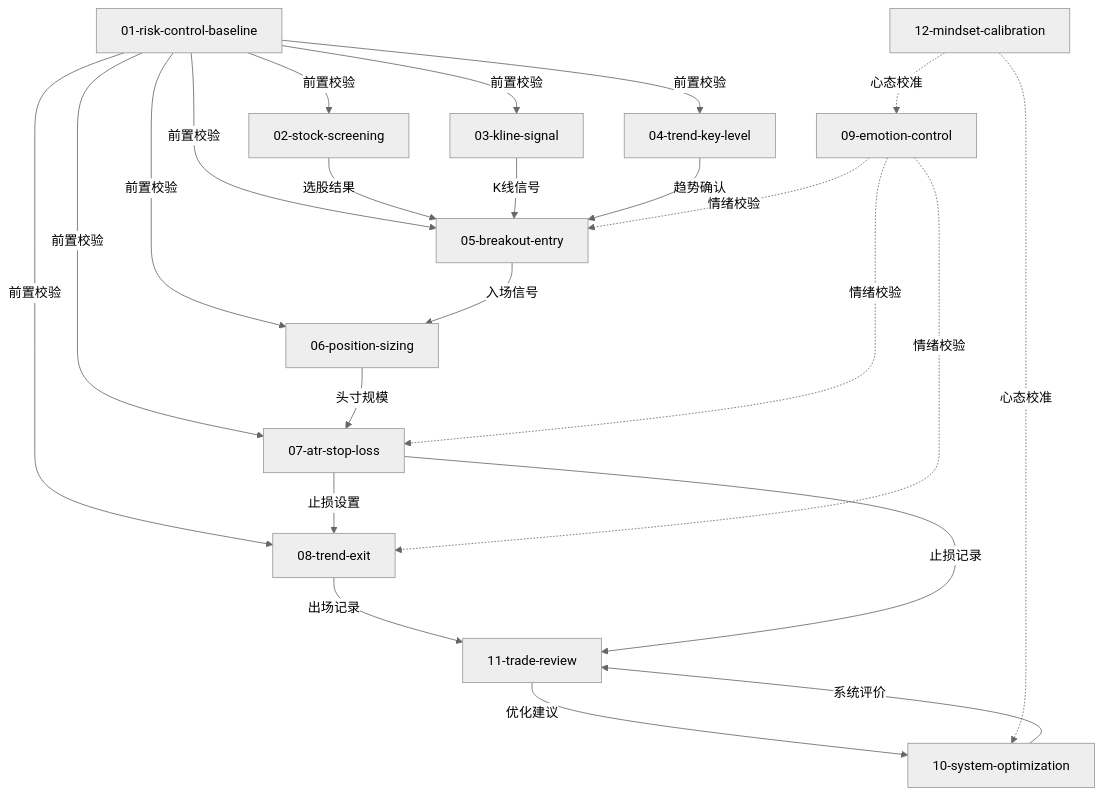
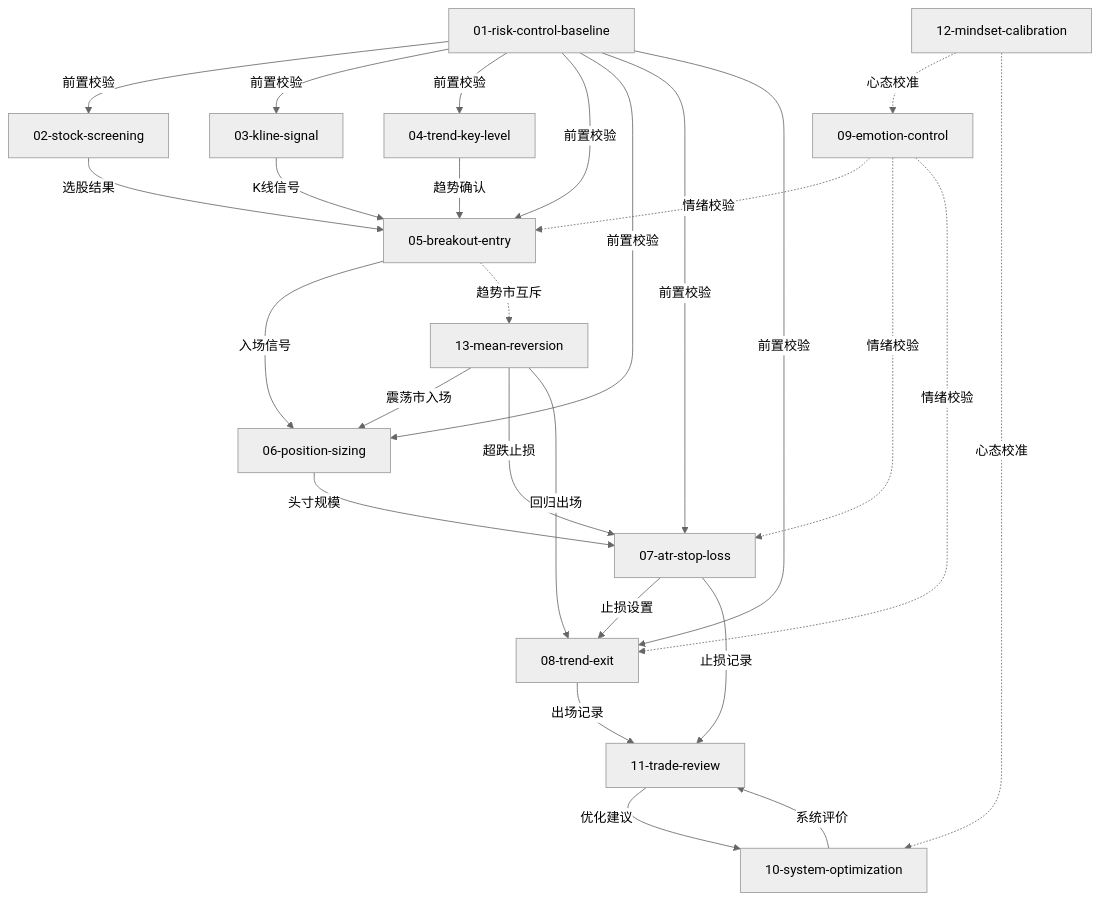
The diagram in library/stock-trading-system/INDEX.md (ClayDong/books2skill), drawn with Mermaid (neutral theme) before and after one commit. The commit also changed other lines of this file and 5 other files, not shown here.

Commit message:
feat: add 5-year backtest engine + mean-reversion skill (13) + backtest results analysis

````diff
--- a/library/stock-trading-system/INDEX.md
+++ b/library/stock-trading-system/INDEX.md
@@ -53,31 +54,36 @@
 ```mermaid
 graph TD
     S01[01-risk-control-baseline] -->|前置校验| S02[02-stock-screening]
     S01 -->|前置校验| S03[03-kline-signal]
     S01 -->|前置校验| S04[04-trend-key-level]
     S01 -->|前置校验| S05[05-breakout-entry]
     S01 -->|前置校验| S06[06-position-sizing]
     S01 -->|前置校验| S07[07-atr-stop-loss]
     S01 -->|前置校验| S08[08-trend-exit]
 
     S02 -->|选股结果| S05
     S03 -->|K线信号| S05
     S04 -->|趋势确认| S05
 
     S05 -->|入场信号| S06
     S06 -->|头寸规模| S07
     S07 -->|止损设置| S08
 
     S08 -->|出场记录| S11[11-trade-review]
     S07 -->|止损记录| S11
 
     S09[09-emotion-control] -.->|情绪校验| S05
     S09 -.->|情绪校验| S07
     S09 -.->|情绪校验| S08
 
     S10[10-system-optimization] -->|系统评价| S11
     S11 -->|优化建议| S10
 
     S12[12-mindset-calibration] -.->|心态校准| S09
     S12 -.->|心态校准| S10
+
+    S13[13-mean-reversion] -->|震荡市入场| S06
+    S13 -->|超跌止损| S07
+    S13 -->|回归出场| S08
+    S05 -.->|趋势市互斥| S13
 ```
````
